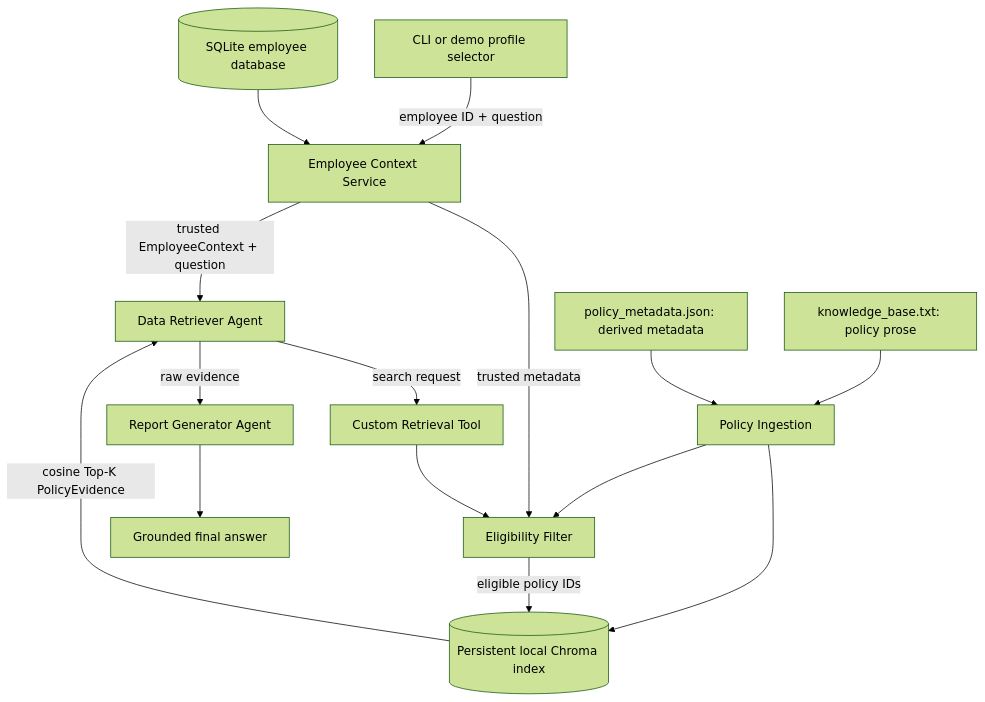
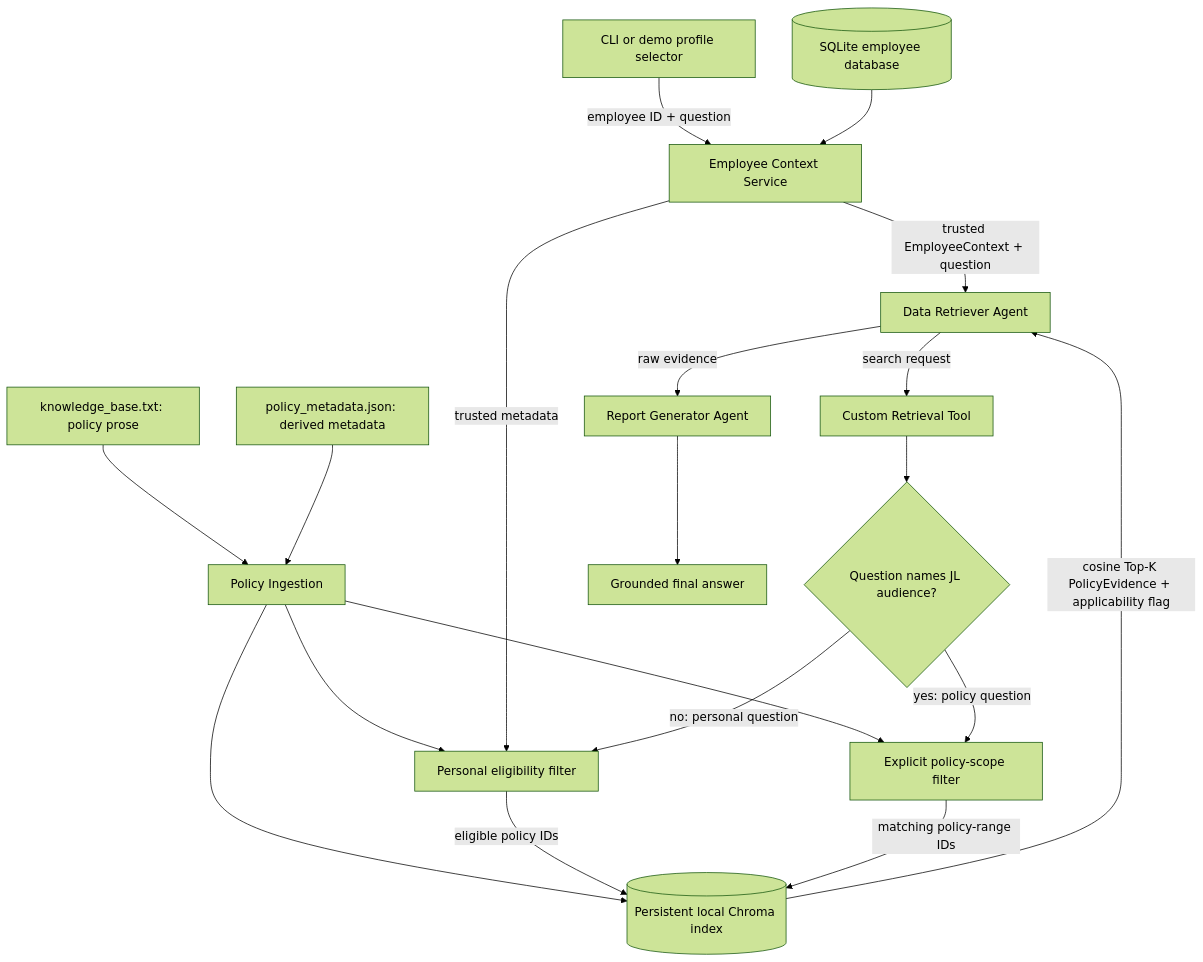
The diagram in docs/ARCHITECTURE.md (Patipat-Panyasukum/bbl-agentic-rag-PatipatPa), drawn with Mermaid (forest theme) before and after one commit. The commit also changed other lines of this file and 28 other files, not shown here.

````diff
--- a/docs/ARCHITECTURE.md
+++ b/docs/ARCHITECTURE.md
@@ -17,17 +17,21 @@
 ```mermaid
 flowchart TD
     UI[CLI or demo profile selector] -->|employee ID + question| EC[Employee Context Service]
     DB[(SQLite employee database)] --> EC
     EC -->|trusted EmployeeContext + question| DR[Data Retriever Agent]
     DR -->|search request| RT[Custom Retrieval Tool]
     KB[knowledge_base.txt: policy prose] --> PP[Policy Ingestion]
     PM[policy_metadata.json: derived metadata] --> PP
     PP --> VI[(Persistent local Chroma index)]
-    PP --> EF[Eligibility Filter]
+    PP --> EF[Personal eligibility filter]
+    PP --> SF[Explicit policy-scope filter]
     EC -->|trusted metadata| EF
+    RT --> SQ{Question names JL audience?}
+    SQ -->|no: personal question| EF
+    SQ -->|yes: policy question| SF
     EF -->|eligible policy IDs| VI
-    RT --> EF
-    VI -->|cosine Top-K PolicyEvidence| DR
+    SF -->|matching policy-range IDs| VI
+    VI -->|cosine Top-K PolicyEvidence + applicability flag| DR
     DR -->|raw evidence| RG[Report Generator Agent]
     RG --> FA[Grounded final answer]
 ```
````
